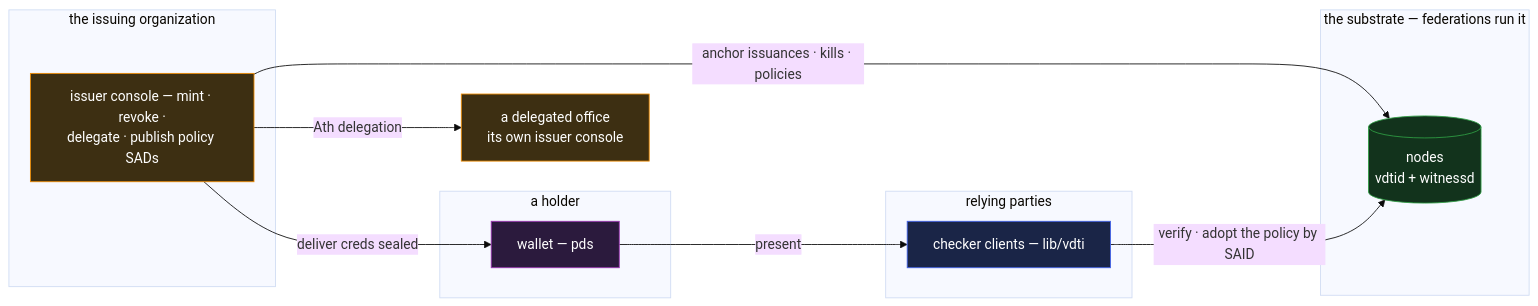
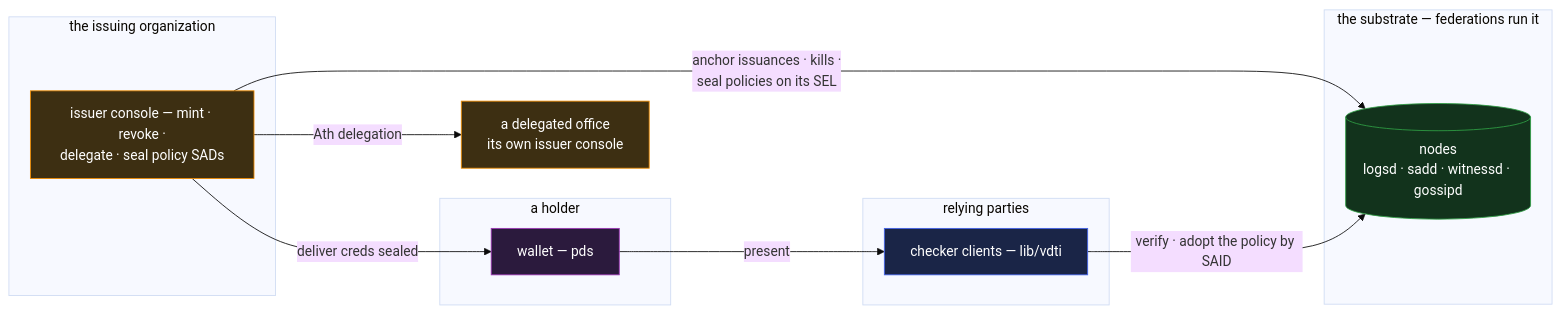
One commit to jasoncolburne/vdti changed the diagram in docs/design/example-applications/issuer.md. Above: the diagram before and after it, drawn with Mermaid (base theme). The commit also changed other lines of this file and 79 other files, not shown here.

````diff
--- a/docs/design/example-applications/issuer.md
+++ b/docs/design/example-applications/issuer.md
@@ -15,25 +17,25 @@
 ```mermaid
 flowchart LR
   subgraph org["the issuing organization"]
-    con["issuer console — mint · revoke ·<br/>delegate · publish policy SADs"]:::org
+    con["issuer console — mint · revoke ·<br/>delegate · seal policy SADs"]:::org
   end
   office["a delegated office<br/>its own issuer console"]:::org
   subgraph holder["a holder"]
     wallet["wallet — pds"]:::app
   end
   subgraph rp["relying parties"]
     rlib["checker clients — lib/vdti"]:::lib
   end
   subgraph sub["the substrate — federations run it"]
-    node[("nodes<br/>vdtid + witnessd")]:::svc
+    node[("nodes<br/>logsd · sadd · witnessd · gossipd")]:::svc
   end
-  con -->|"anchor issuances · kills · policies"| node
+  con -->|"anchor issuances · kills ·<br/>seal policies on its SEL"| node
   con -->|"Ath delegation"| office
   con -->|"deliver creds sealed"| wallet
   wallet -->|"present"| rlib
   rlib -->|"verify · adopt the policy by SAID"| node
   classDef app fill:#2b1a3d,stroke:#9c36b5,color:#fff
   classDef lib fill:#1a2547,stroke:#4263eb,color:#fff
   classDef org fill:#3d2f12,stroke:#f08c00,color:#fff
   classDef svc fill:#12331c,stroke:#2f9e44,color:#fff
 ```
````
